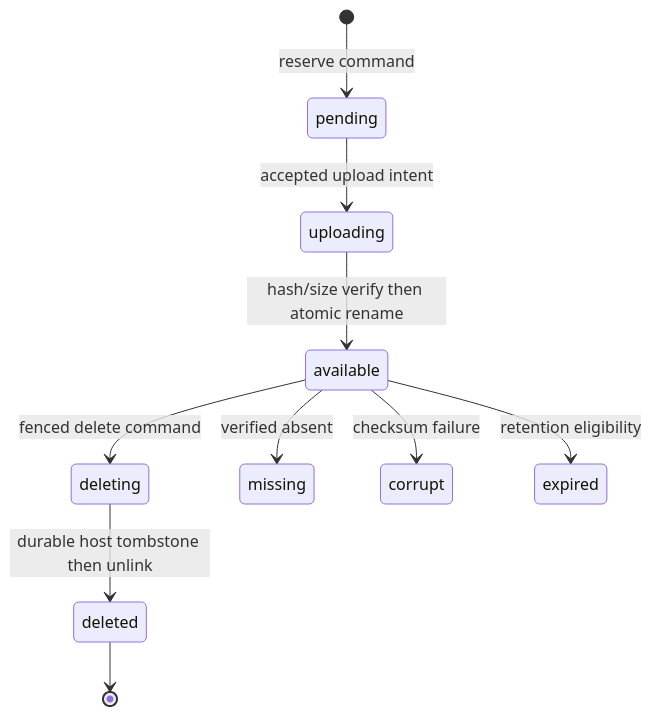
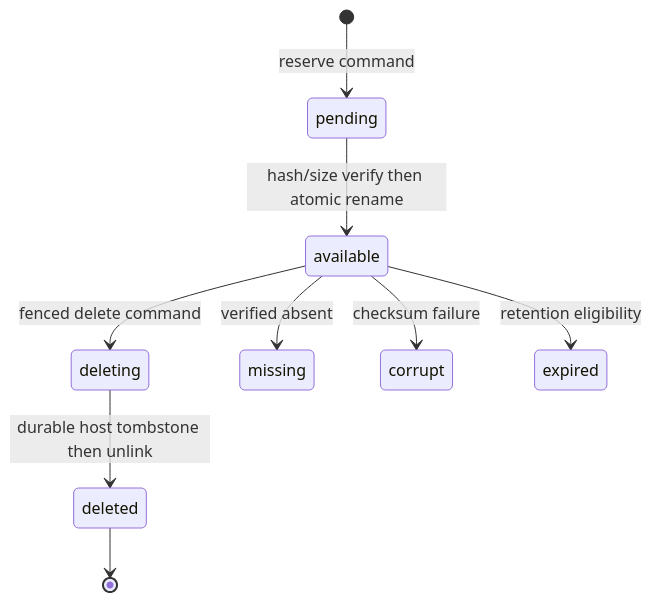
Before and after one commit to maister-dev/maister: the first of 2 diagrams in docs/system-analytics/execution-runtime-objects.md, drawn with Mermaid. The commit also changed other lines of this file and 59 other files, not shown here.

````diff
--- a/docs/system-analytics/execution-runtime-objects.md
+++ b/docs/system-analytics/execution-runtime-objects.md
@@ -29,12 +29,11 @@
 ```mermaid
 stateDiagram-v2
   [*] --> pending: reserve command
-  pending --> uploading: accepted upload intent
-  uploading --> available: hash/size verify then atomic rename
+  pending --> available: hash/size verify then atomic rename
   available --> deleting: fenced delete command
   deleting --> deleted: durable host tombstone then unlink
   available --> missing: verified absent
   available --> corrupt: checksum failure
   available --> expired: retention eligibility
   deleted --> [*]
 ```
````
